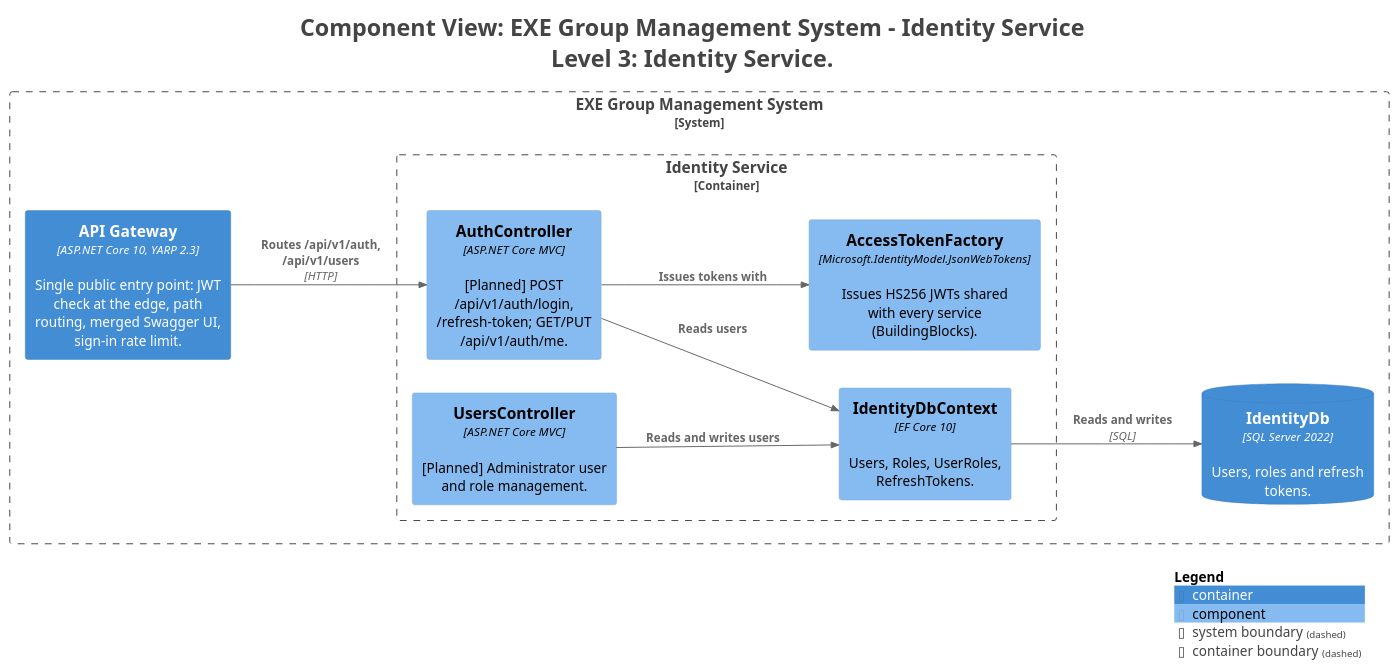
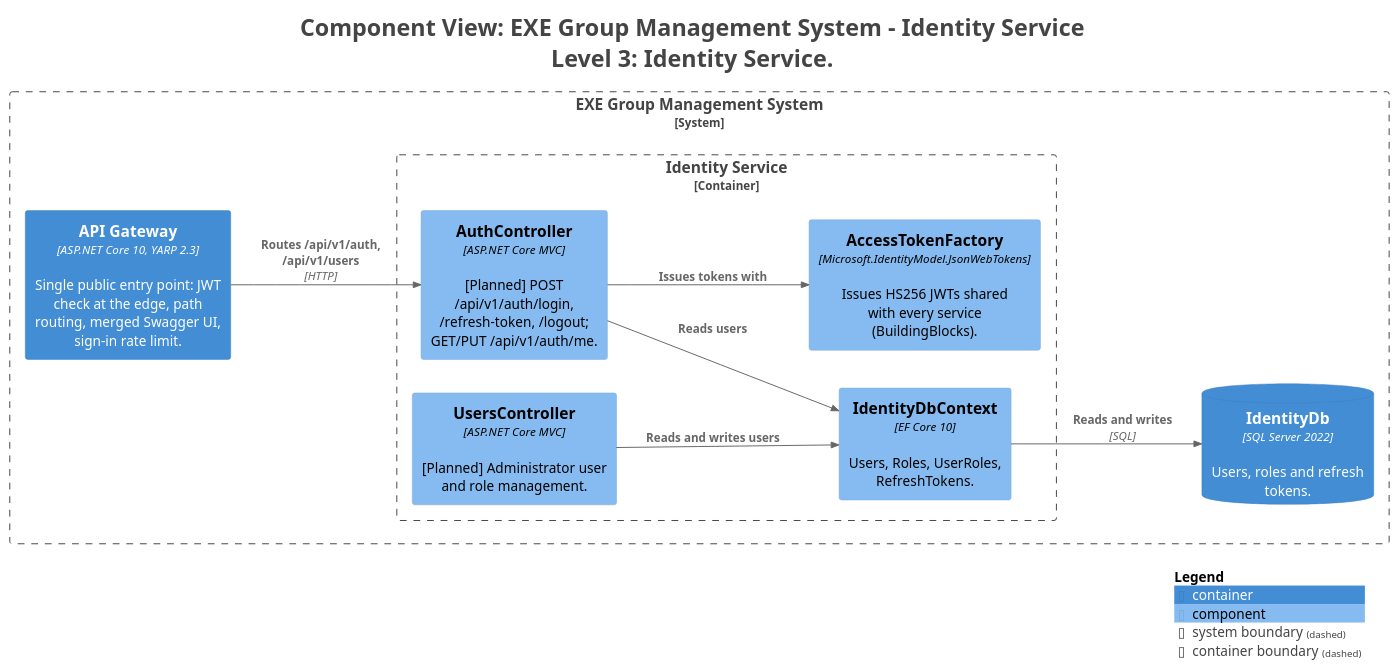
Before and after one commit to baodhg/exe-group-management: the diagram in docs/architecture/diagrams/structurizr-IdentityComponents.puml, drawn with PlantUML. The commit also changed 6 other files, not shown here.

```diff
--- a/docs/architecture/diagrams/structurizr-IdentityComponents.puml
+++ b/docs/architecture/diagrams/structurizr-IdentityComponents.puml
@@ -1,39 +1,39 @@
 @startuml
 title <size:24>Component View: EXE Group Management System - Identity Service</size>\n<size:24>Level 3: Identity Service.</size>
 
 set separator none
 left to right direction
 
 <style>
   root {
     BackgroundColor: #ffffff
     FontColor: #444444
   }
 </style>
 
 !include <C4/C4>
 !include <C4/C4_Context>
 !include <C4/C4_Container>
 !include <C4/C4_Component>
 
 System_Boundary("EXEGroupManagementSystem_boundary", "EXE Group Management System", $tags="") {
   Container_Boundary("EXEGroupManagementSystem.IdentityService_boundary", "Identity Service", $tags="") {
     Component(EXEGroupManagementSystem.IdentityService.AccessTokenFactory, "AccessTokenFactory", $techn="Microsoft.IdentityModel.JsonWebTokens", $descr="Issues HS256 JWTs shared with every service (BuildingBlocks).", $tags="", $link="")
     Component(EXEGroupManagementSystem.IdentityService.IdentityDbContext, "IdentityDbContext", $techn="EF Core 10", $descr="Users, Roles, UserRoles, RefreshTokens.", $tags="", $link="")
-    Component(EXEGroupManagementSystem.IdentityService.AuthController, "AuthController", $techn="ASP.NET Core MVC", $descr="[Planned] POST /api/v1/auth/login, /refresh-token; GET/PUT /api/v1/auth/me.", $tags="", $link="")
+    Component(EXEGroupManagementSystem.IdentityService.AuthController, "AuthController", $techn="ASP.NET Core MVC", $descr="[Planned] POST /api/v1/auth/login, /refresh-token, /logout; GET/PUT /api/v1/auth/me.", $tags="", $link="")
     Component(EXEGroupManagementSystem.IdentityService.UsersController, "UsersController", $techn="ASP.NET Core MVC", $descr="[Planned] Administrator user and role management.", $tags="", $link="")
   }
 
   ContainerDb(EXEGroupManagementSystem.IdentityDb, "IdentityDb", $techn="SQL Server 2022", $descr="Users, roles and refresh tokens.", $tags="", $link="")
   Container(EXEGroupManagementSystem.APIGateway, "API Gateway", $techn="ASP.NET Core 10, YARP 2.3", $descr="Single public entry point: JWT check at the edge, path routing, merged Swagger UI, sign-in rate limit.", $tags="", $link="")
 }
 
 Rel(EXEGroupManagementSystem.APIGateway, EXEGroupManagementSystem.IdentityService.AuthController, "Routes /api/v1/auth, /api/v1/users", $techn="HTTP", $tags="", $link="")
 Rel(EXEGroupManagementSystem.IdentityService.AuthController, EXEGroupManagementSystem.IdentityService.AccessTokenFactory, "Issues tokens with", $techn="", $tags="", $link="")
 Rel(EXEGroupManagementSystem.IdentityService.AuthController, EXEGroupManagementSystem.IdentityService.IdentityDbContext, "Reads users", $techn="", $tags="", $link="")
 Rel(EXEGroupManagementSystem.IdentityService.UsersController, EXEGroupManagementSystem.IdentityService.IdentityDbContext, "Reads and writes users", $techn="", $tags="", $link="")
 Rel(EXEGroupManagementSystem.IdentityService.IdentityDbContext, EXEGroupManagementSystem.IdentityDb, "Reads and writes", $techn="SQL", $tags="", $link="")
 
 SHOW_LEGEND(true)
 hide stereotypes
 @enduml
```
